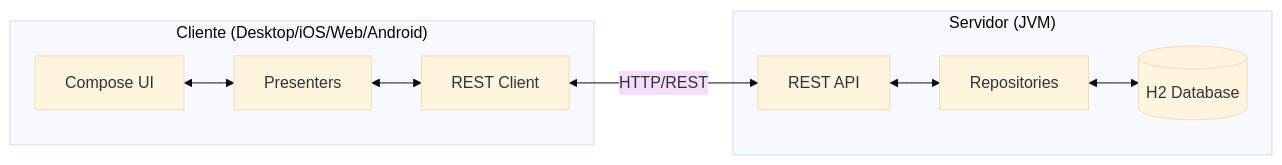
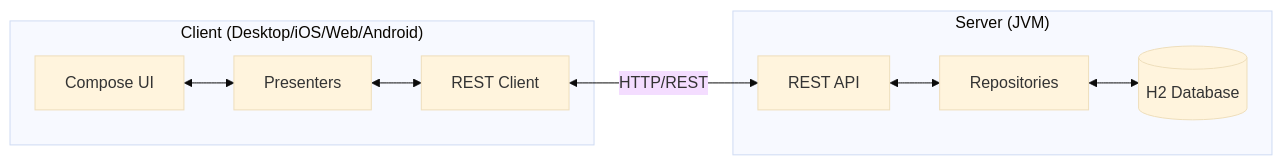
The second of 9 diagrams in docs/architecture-react.md (mrcdom/wdc-cube-kotlin), drawn with Mermaid (base theme) before and after one commit. The commit also changed other lines of this file and 10 other files, not shown here.

First line of the commit message:
docs: architecture docs and top-level READMEs in US English

````diff
--- a/docs/architecture-react.md
+++ b/docs/architecture-react.md
@@ -46,20 +46,20 @@
 ```mermaid
 graph LR
-    subgraph "Cliente (Desktop/iOS/Web/Android)"
+    subgraph "Client (Desktop/iOS/Web/Android)"
         COMP["Compose UI"]
         PRES2["Presenters"]
         REST_C["REST Client"]
     end
 
-    subgraph "Servidor (JVM)"
+    subgraph "Server (JVM)"
         REST_S["REST API"]
         REPO2["Repositories"]
         DB2[(H2 Database)]
     end
 
     COMP <--> PRES2
     PRES2 <--> REST_C
     REST_C <-->|"HTTP/REST"| REST_S
     REST_S <--> REPO2
     REPO2 <--> DB2
 ```
````
